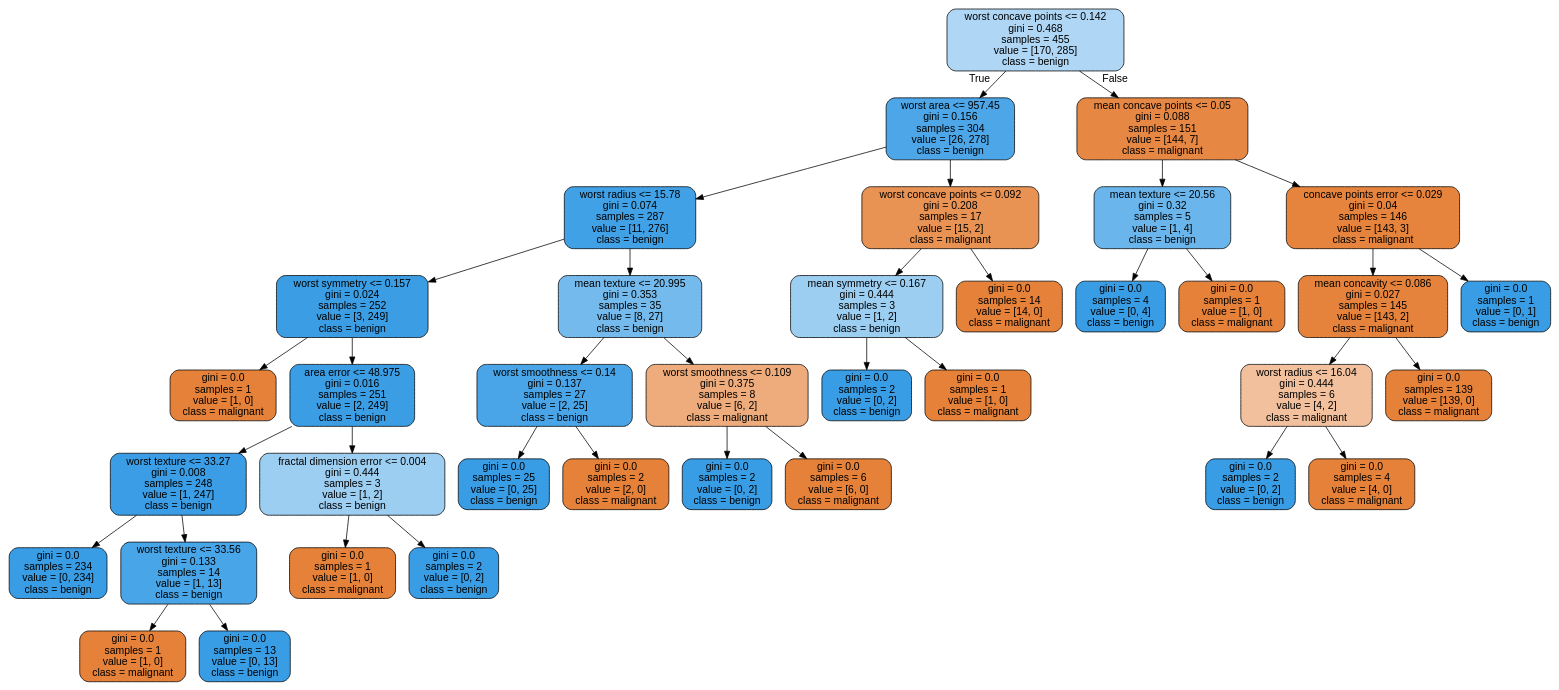
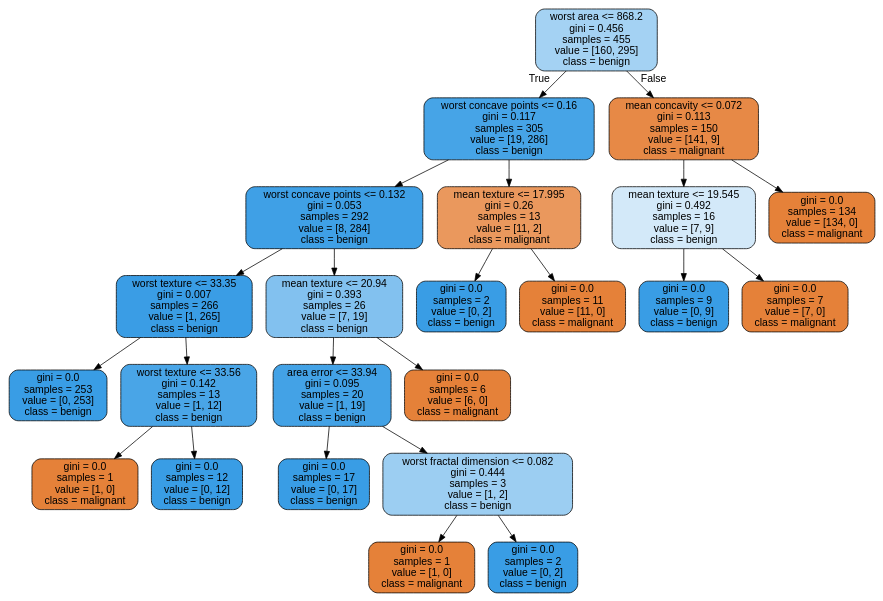
One commit to JoseDeJesusMendozaBecerril/Practica4_MineriaDeDatos changed the diagram in images/decision_trees/cancer_tree_train.dot. Above: the diagram before and after it, drawn with Graphviz. The commit also changed 8 other files, not shown here.

```diff
--- a/images/decision_trees/cancer_tree_train.dot
+++ b/images/decision_trees/cancer_tree_train.dot
@@ -1,77 +1,49 @@
 digraph Tree {
 node [shape=box, style="filled, rounded", color="black", fontname=helvetica] ;
 edge [fontname=helvetica] ;
-0 [label="worst concave points <= 0.142\ngini = 0.468\nsamples = 455\nvalue = [170, 285]\nclass = benign", fillcolor="#afd7f5"] ;
-1 [label="worst area <= 957.45\ngini = 0.156\nsamples = 304\nvalue = [26, 278]\nclass = benign", fillcolor="#4ca6e7"] ;
+0 [label="worst area <= 868.2\ngini = 0.456\nsamples = 455\nvalue = [160, 295]\nclass = benign", fillcolor="#a4d2f3"] ;
+1 [label="worst concave points <= 0.16\ngini = 0.117\nsamples = 305\nvalue = [19, 286]\nclass = benign", fillcolor="#46a4e7"] ;
 0 -> 1 [labeldistance=2.5, labelangle=45, headlabel="True"] ;
-2 [label="worst radius <= 15.78\ngini = 0.074\nsamples = 287\nvalue = [11, 276]\nclass = benign", fillcolor="#41a1e6"] ;
+2 [label="worst concave points <= 0.132\ngini = 0.053\nsamples = 292\nvalue = [8, 284]\nclass = benign", fillcolor="#3fa0e6"] ;
 1 -> 2 ;
-3 [label="worst symmetry <= 0.157\ngini = 0.024\nsamples = 252\nvalue = [3, 249]\nclass = benign", fillcolor="#3b9ee5"] ;
+3 [label="worst texture <= 33.35\ngini = 0.007\nsamples = 266\nvalue = [1, 265]\nclass = benign", fillcolor="#3a9de5"] ;
 2 -> 3 ;
-4 [label="gini = 0.0\nsamples = 1\nvalue = [1, 0]\nclass = malignant", fillcolor="#e58139"] ;
+4 [label="gini = 0.0\nsamples = 253\nvalue = [0, 253]\nclass = benign", fillcolor="#399de5"] ;
 3 -> 4 ;
-5 [label="area error <= 48.975\ngini = 0.016\nsamples = 251\nvalue = [2, 249]\nclass = benign", fillcolor="#3b9ee5"] ;
+5 [label="worst texture <= 33.56\ngini = 0.142\nsamples = 13\nvalue = [1, 12]\nclass = benign", fillcolor="#49a5e7"] ;
 3 -> 5 ;
-6 [label="worst texture <= 33.27\ngini = 0.008\nsamples = 248\nvalue = [1, 247]\nclass = benign", fillcolor="#3a9de5"] ;
+6 [label="gini = 0.0\nsamples = 1\nvalue = [1, 0]\nclass = malignant", fillcolor="#e58139"] ;
 5 -> 6 ;
-7 [label="gini = 0.0\nsamples = 234\nvalue = [0, 234]\nclass = benign", fillcolor="#399de5"] ;
-6 -> 7 ;
-8 [label="worst texture <= 33.56\ngini = 0.133\nsamples = 14\nvalue = [1, 13]\nclass = benign", fillcolor="#48a5e7"] ;
-6 -> 8 ;
-9 [label="gini = 0.0\nsamples = 1\nvalue = [1, 0]\nclass = malignant", fillcolor="#e58139"] ;
+7 [label="gini = 0.0\nsamples = 12\nvalue = [0, 12]\nclass = benign", fillcolor="#399de5"] ;
+5 -> 7 ;
+8 [label="mean texture <= 20.94\ngini = 0.393\nsamples = 26\nvalue = [7, 19]\nclass = benign", fillcolor="#82c1ef"] ;
+2 -> 8 ;
+9 [label="area error <= 33.94\ngini = 0.095\nsamples = 20\nvalue = [1, 19]\nclass = benign", fillcolor="#43a2e6"] ;
 8 -> 9 ;
-10 [label="gini = 0.0\nsamples = 13\nvalue = [0, 13]\nclass = benign", fillcolor="#399de5"] ;
-8 -> 10 ;
-11 [label="fractal dimension error <= 0.004\ngini = 0.444\nsamples = 3\nvalue = [1, 2]\nclass = benign", fillcolor="#9ccef2"] ;
-5 -> 11 ;
+10 [label="gini = 0.0\nsamples = 17\nvalue = [0, 17]\nclass = benign", fillcolor="#399de5"] ;
+9 -> 10 ;
+11 [label="worst fractal dimension <= 0.082\ngini = 0.444\nsamples = 3\nvalue = [1, 2]\nclass = benign", fillcolor="#9ccef2"] ;
+9 -> 11 ;
 12 [label="gini = 0.0\nsamples = 1\nvalue = [1, 0]\nclass = malignant", fillcolor="#e58139"] ;
 11 -> 12 ;
 13 [label="gini = 0.0\nsamples = 2\nvalue = [0, 2]\nclass = benign", fillcolor="#399de5"] ;
 11 -> 13 ;
-14 [label="mean texture <= 20.995\ngini = 0.353\nsamples = 35\nvalue = [8, 27]\nclass = benign", fillcolor="#74baed"] ;
-2 -> 14 ;
-15 [label="worst smoothness <= 0.14\ngini = 0.137\nsamples = 27\nvalue = [2, 25]\nclass = benign", fillcolor="#49a5e7"] ;
-14 -> 15 ;
-16 [label="gini = 0.0\nsamples = 25\nvalue = [0, 25]\nclass = benign", fillcolor="#399de5"] ;
+14 [label="gini = 0.0\nsamples = 6\nvalue = [6, 0]\nclass = malignant", fillcolor="#e58139"] ;
+8 -> 14 ;
+15 [label="mean texture <= 17.995\ngini = 0.26\nsamples = 13\nvalue = [11, 2]\nclass = malignant", fillcolor="#ea985d"] ;
+1 -> 15 ;
+16 [label="gini = 0.0\nsamples = 2\nvalue = [0, 2]\nclass = benign", fillcolor="#399de5"] ;
 15 -> 16 ;
-17 [label="gini = 0.0\nsamples = 2\nvalue = [2, 0]\nclass = malignant", fillcolor="#e58139"] ;
+17 [label="gini = 0.0\nsamples = 11\nvalue = [11, 0]\nclass = malignant", fillcolor="#e58139"] ;
 15 -> 17 ;
-18 [label="worst smoothness <= 0.109\ngini = 0.375\nsamples = 8\nvalue = [6, 2]\nclass = malignant", fillcolor="#eeab7b"] ;
-14 -> 18 ;
-19 [label="gini = 0.0\nsamples = 2\nvalue = [0, 2]\nclass = benign", fillcolor="#399de5"] ;
+18 [label="mean concavity <= 0.072\ngini = 0.113\nsamples = 150\nvalue = [141, 9]\nclass = malignant", fillcolor="#e78946"] ;
+0 -> 18 [labeldistance=2.5, labelangle=-45, headlabel="False"] ;
+19 [label="mean texture <= 19.545\ngini = 0.492\nsamples = 16\nvalue = [7, 9]\nclass = benign", fillcolor="#d3e9f9"] ;
 18 -> 19 ;
-20 [label="gini = 0.0\nsamples = 6\nvalue = [6, 0]\nclass = malignant", fillcolor="#e58139"] ;
-18 -> 20 ;
-21 [label="worst concave points <= 0.092\ngini = 0.208\nsamples = 17\nvalue = [15, 2]\nclass = malignant", fillcolor="#e89253"] ;
-1 -> 21 ;
-22 [label="mean symmetry <= 0.167\ngini = 0.444\nsamples = 3\nvalue = [1, 2]\nclass = benign", fillcolor="#9ccef2"] ;
-21 -> 22 ;
-23 [label="gini = 0.0\nsamples = 2\nvalue = [0, 2]\nclass = benign", fillcolor="#399de5"] ;
-22 -> 23 ;
-24 [label="gini = 0.0\nsamples = 1\nvalue = [1, 0]\nclass = malignant", fillcolor="#e58139"] ;
-22 -> 24 ;
-25 [label="gini = 0.0\nsamples = 14\nvalue = [14, 0]\nclass = malignant", fillcolor="#e58139"] ;
-21 -> 25 ;
-26 [label="mean concave points <= 0.05\ngini = 0.088\nsamples = 151\nvalue = [144, 7]\nclass = malignant", fillcolor="#e68743"] ;
-0 -> 26 [labeldistance=2.5, labelangle=-45, headlabel="False"] ;
-27 [label="mean texture <= 20.56\ngini = 0.32\nsamples = 5\nvalue = [1, 4]\nclass = benign", fillcolor="#6ab6ec"] ;
-26 -> 27 ;
-28 [label="gini = 0.0\nsamples = 4\nvalue = [0, 4]\nclass = benign", fillcolor="#399de5"] ;
-27 -> 28 ;
-29 [label="gini = 0.0\nsamples = 1\nvalue = [1, 0]\nclass = malignant", fillcolor="#e58139"] ;
-27 -> 29 ;
-30 [label="concave points error <= 0.029\ngini = 0.04\nsamples = 146\nvalue = [143, 3]\nclass = malignant", fillcolor="#e6843d"] ;
-26 -> 30 ;
-31 [label="mean concavity <= 0.086\ngini = 0.027\nsamples = 145\nvalue = [143, 2]\nclass = malignant", fillcolor="#e5833c"] ;
-30 -> 31 ;
-32 [label="worst radius <= 16.04\ngini = 0.444\nsamples = 6\nvalue = [4, 2]\nclass = malignant", fillcolor="#f2c09c"] ;
-31 -> 32 ;
-33 [label="gini = 0.0\nsamples = 2\nvalue = [0, 2]\nclass = benign", fillcolor="#399de5"] ;
-32 -> 33 ;
-34 [label="gini = 0.0\nsamples = 4\nvalue = [4, 0]\nclass = malignant", fillcolor="#e58139"] ;
-32 -> 34 ;
-35 [label="gini = 0.0\nsamples = 139\nvalue = [139, 0]\nclass = malignant", fillcolor="#e58139"] ;
-31 -> 35 ;
-36 [label="gini = 0.0\nsamples = 1\nvalue = [0, 1]\nclass = benign", fillcolor="#399de5"] ;
-30 -> 36 ;
+20 [label="gini = 0.0\nsamples = 9\nvalue = [0, 9]\nclass = benign", fillcolor="#399de5"] ;
+19 -> 20 ;
+21 [label="gini = 0.0\nsamples = 7\nvalue = [7, 0]\nclass = malignant", fillcolor="#e58139"] ;
+19 -> 21 ;
+22 [label="gini = 0.0\nsamples = 134\nvalue = [134, 0]\nclass = malignant", fillcolor="#e58139"] ;
+18 -> 22 ;
 }
```
